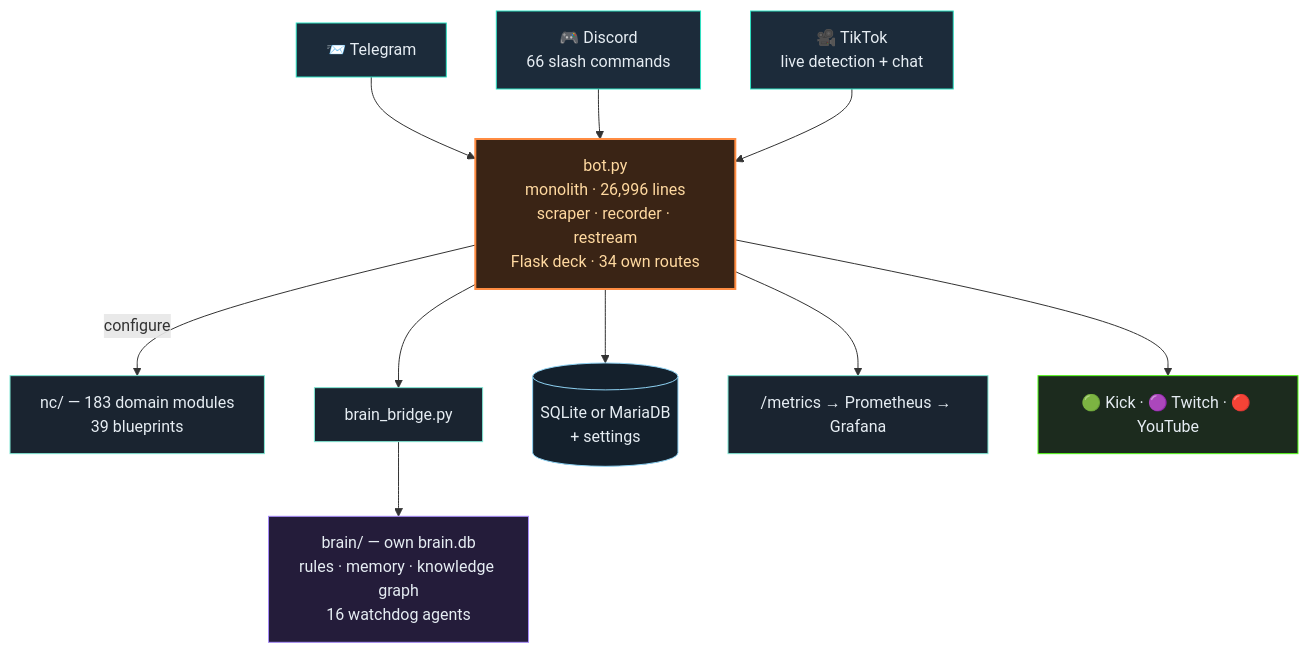
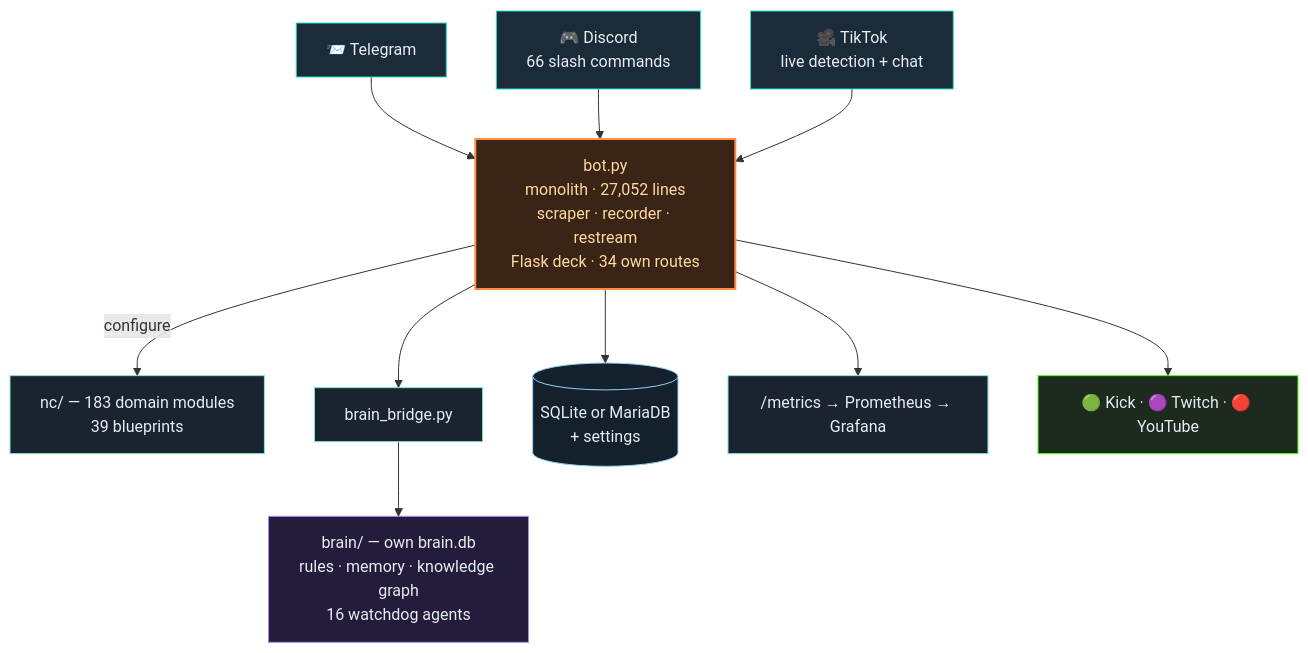
Before and after one commit to itsamemedev/Telegram-Stream-Info-Bot: the second of 3 diagrams in README.en.md, drawn with Mermaid. The commit also changed other lines of this file and 15 other files, not shown here.

````diff
--- a/README.en.md
+++ b/README.en.md
@@ -119,19 +119,19 @@
 ```mermaid
 flowchart TB
     TG["📨 Telegram"]:::ein --> BOT
     DC["🎮 Discord<br/>66 slash commands"]:::ein --> BOT
     TT["🎥 TikTok<br/>live detection + chat"]:::ein --> BOT
-    BOT["bot.py<br/>monolith · 26,996 lines<br/>scraper · recorder · restream<br/>Flask deck · 34 own routes"]:::core
+    BOT["bot.py<br/>monolith · 27,052 lines<br/>scraper · recorder · restream<br/>Flask deck · 34 own routes"]:::core
     BOT -->|configure| NC["nc/ — 183 domain modules<br/>39 blueprints"]:::lib
     BOT --> BR["brain_bridge.py"]:::lib
     BR --> BRAIN["brain/ — own brain.db<br/>rules · memory · knowledge graph<br/>16 watchdog agents"]:::brain
     BOT --> DB[("SQLite or MariaDB<br/>+ settings")]:::db
     BOT --> PROM["/metrics → Prometheus → Grafana"]:::lib
     BOT --> OUT["🟢 Kick · 🟣 Twitch · 🔴 YouTube"]:::out
     classDef ein fill:#1c2b3a,stroke:#2de1c2,color:#e6edf3
     classDef core fill:#3a2415,stroke:#ff8c42,stroke-width:2px,color:#ffd9a0
     classDef lib fill:#1a2430,stroke:#7fe7d4,color:#e6edf3
     classDef brain fill:#241c3a,stroke:#a78bfa,color:#e6edf3
     classDef db fill:#14202c,stroke:#8fd3f4,color:#e6edf3
     classDef out fill:#1c2b1e,stroke:#53fc18,color:#e6edf3
 ```
````
